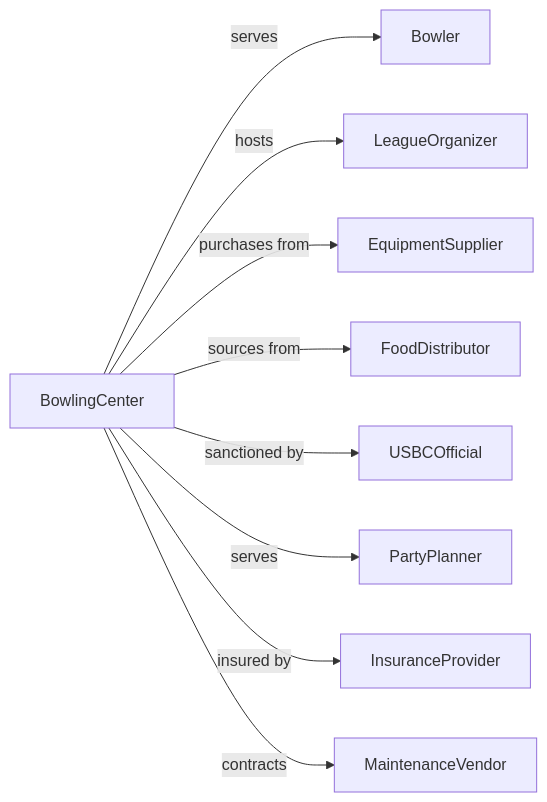
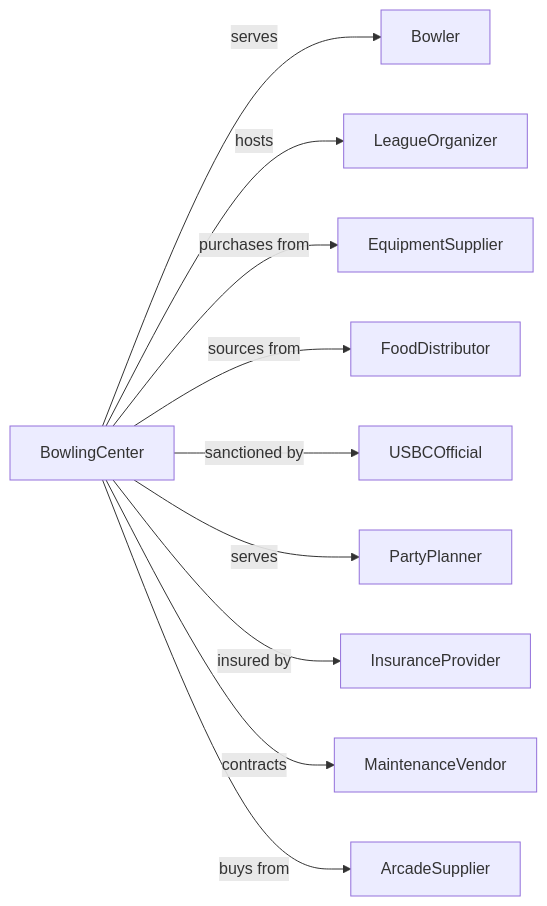
Before and after one commit to dot-org-ai/industries.org.ai: the second of 2 diagrams in Arts/AmusementGamblingAndRecreationIndustries/OtherAmusementAndRecreationIndustries/BowlingCenters.mdx, drawn with Mermaid. The commit also changed 588 other files, not shown here.

````diff
--- a/Arts/AmusementGamblingAndRecreationIndustries/OtherAmusementAndRecreationIndustries/BowlingCenters.mdx
+++ b/Arts/AmusementGamblingAndRecreationIndustries/OtherAmusementAndRecreationIndustries/BowlingCenters.mdx
@@ -126,13 +126,14 @@
 ```mermaid
 graph LR
     B[BowlingCenter]
 
     B -->|serves| Bowler
     B -->|hosts| LeagueOrganizer
     B -->|purchases from| EquipmentSupplier
     B -->|sources from| FoodDistributor
     B -->|sanctioned by| USBCOfficial
     B -->|serves| PartyPlanner
     B -->|insured by| InsuranceProvider
     B -->|contracts| MaintenanceVendor
+    B -->|buys from| ArcadeSupplier
 ```
````
